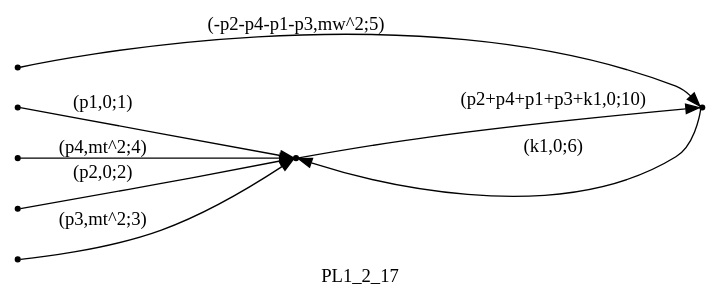
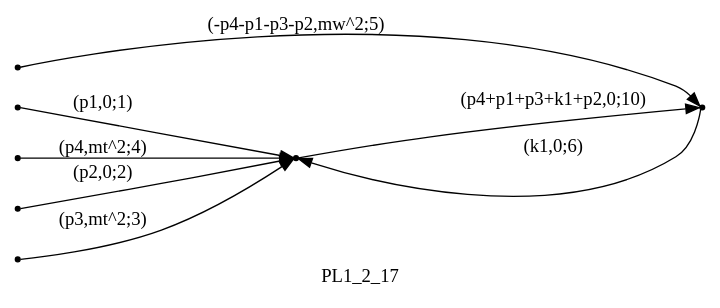
Before and after one commit to UsHnBaGp/Wtt: the diagram in 1loopAmplitude/Reduze/graphs/PL1/shift_targets/PL1_2_17.dot, drawn with Graphviz. The commit also changed 172 other files, not shown here.

```diff
--- a/1loopAmplitude/Reduze/graphs/PL1/shift_targets/PL1_2_17.dot
+++ b/1loopAmplitude/Reduze/graphs/PL1/shift_targets/PL1_2_17.dot
@@ -1,21 +1,21 @@
 digraph PL1_2_17 {
   label="PL1_2_17";
   rankdir="LR";
   subgraph edges {
     -1 -> 2 [label="(p1,0;1)"];
     -2 -> 2 [label="(p2,0;2)"];
     -3 -> 2 [label="(p3,mt^2;3)"];
     -4 -> 2 [label="(p4,mt^2;4)"];
-    -5 -> 1 [label="(-p2-p4-p1-p3,mw^2;5)"];
+    -5 -> 1 [label="(-p4-p1-p3-p2,mw^2;5)"];
     1 -> 2 [label="(k1,0;6)"];
-    2 -> 1 [label="(p2+p4+p1+p3+k1,0;10)"];
+    2 -> 1 [label="(p4+p1+p3+k1+p2,0;10)"];
   }
   subgraph incoming { rank="source"; -1; -2; -3; -4; -5; }
 -5 [shape=point];
 -4 [shape=point];
 -3 [shape=point];
 -2 [shape=point];
 -1 [shape=point];
 1 [shape=point];
 2 [shape=point];
 }
```
